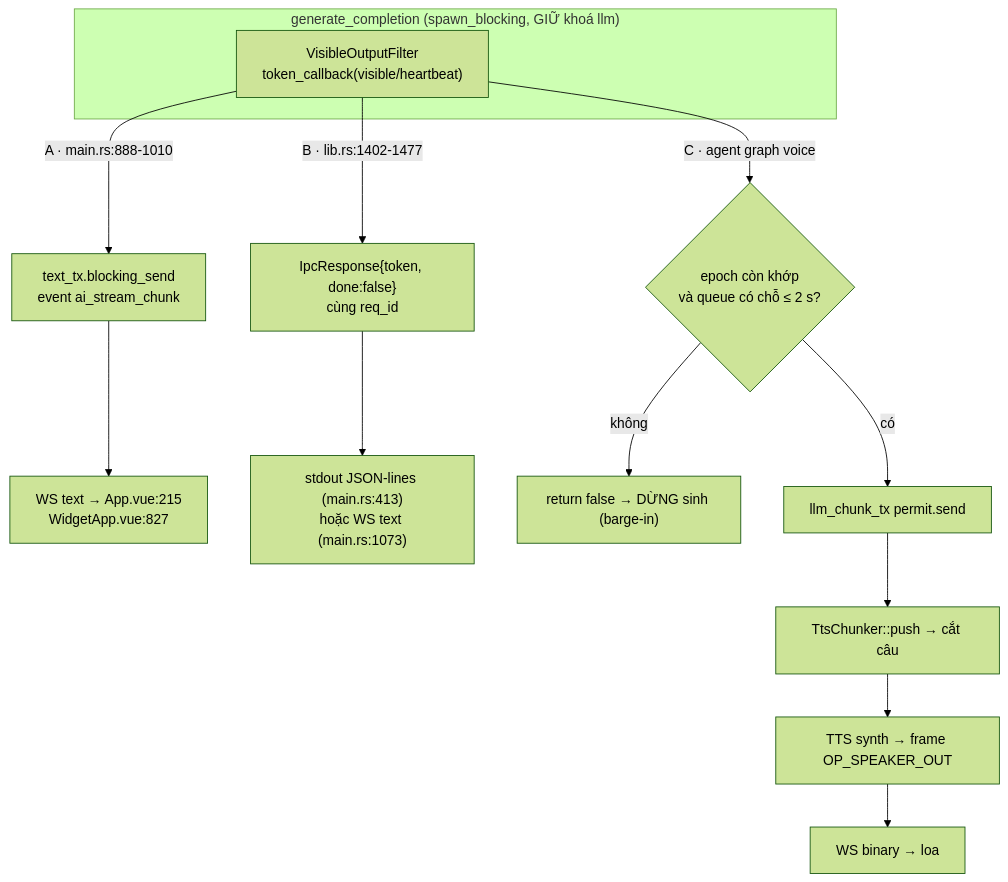
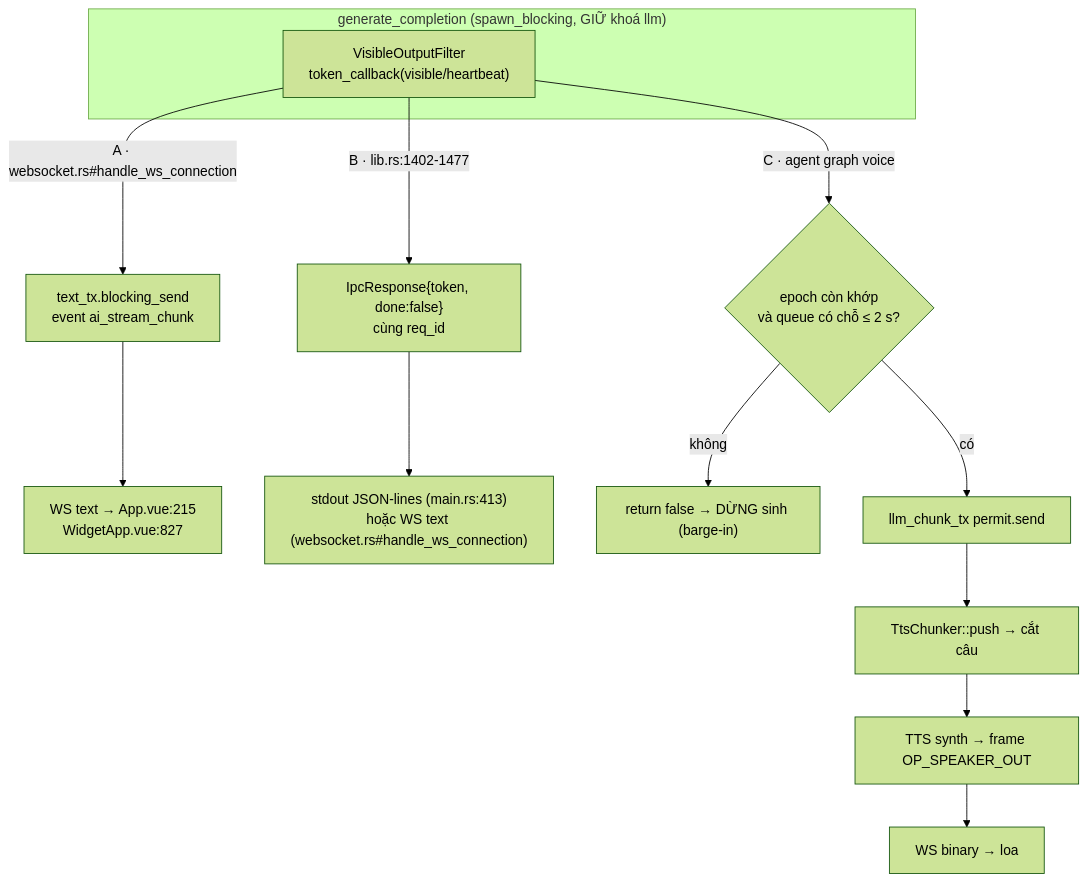
One commit to DuongNAD/LIVA changed the fifth of 5 diagrams in docs/01-ban-ve/04-he-llm-va-prompt.md. Above: the diagram before and after it, drawn with Mermaid (forest theme). The commit also changed other lines of this file and 27 other files, not shown here.

````diff
--- a/docs/01-ban-ve/04-he-llm-va-prompt.md
+++ b/docs/01-ban-ve/04-he-llm-va-prompt.md
@@ -935,19 +935,19 @@
 ```mermaid
 flowchart TD
     subgraph GEN["generate_completion (spawn_blocking, GIỮ khoá llm)"]
         G["VisibleOutputFilter<br/>token_callback(visible/heartbeat)"]
     end
 
-    G -->|"A · main.rs:888-1010"| A1["text_tx.blocking_send<br/>event ai_stream_chunk"]
+    G -->|"A · websocket.rs#handle_ws_connection"| A1["text_tx.blocking_send<br/>event ai_stream_chunk"]
     A1 --> A2["WS text → App.vue:215<br/>WidgetApp.vue:827"]
 
     G -->|"B · lib.rs:1402-1477"| B1["IpcResponse{token, done:false}<br/>cùng req_id"]
-    B1 --> B2["stdout JSON-lines (main.rs:413)<br/>hoặc WS text (main.rs:1073)"]
+    B1 --> B2["stdout JSON-lines (main.rs:413)<br/>hoặc WS text (websocket.rs#handle_ws_connection)"]
 
     G -->|"C · agent graph voice"| C0{"epoch còn khớp<br/>và queue có chỗ ≤ 2 s?"}
     C0 -- không --> C1["return false → DỪNG sinh (barge-in)"]
     C0 -- có --> C2["llm_chunk_tx permit.send"]
     C2 --> C3["TtsChunker::push → cắt câu"]
     C3 --> C4["TTS synth → frame OP_SPEAKER_OUT"]
     C4 --> C5["WS binary → loa"]
 ```
````
